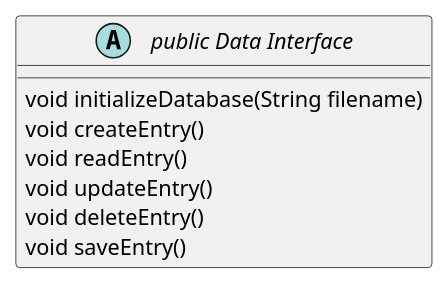
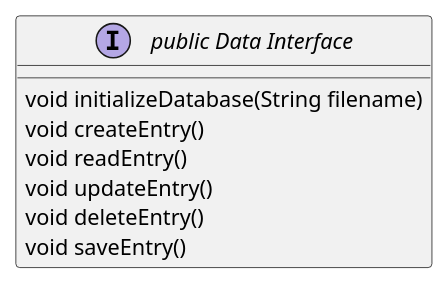
The diagram in src/DataInterfaceDiag.puml (Kyle-Brown-edu/CS3250Team3), drawn with PlantUML before and after one commit. The commit also changed 1 other file, not shown here.

```diff
--- a/src/DataInterfaceDiag.puml
+++ b/src/DataInterfaceDiag.puml
@@ -1,12 +1,14 @@
 @startuml
-abstract class " public Data Interface"{
-
-    void initializeDatabase(String filename)
+ interface " public Data Interface"{
+     void initializeDatabase(String filename)
     void createEntry()
     void readEntry()
     void updateEntry()
     void deleteEntry()
-    void saveEntry()  
+    void saveEntry() 
+ }
+    
+     
 
-}
+
 @enduml
```
